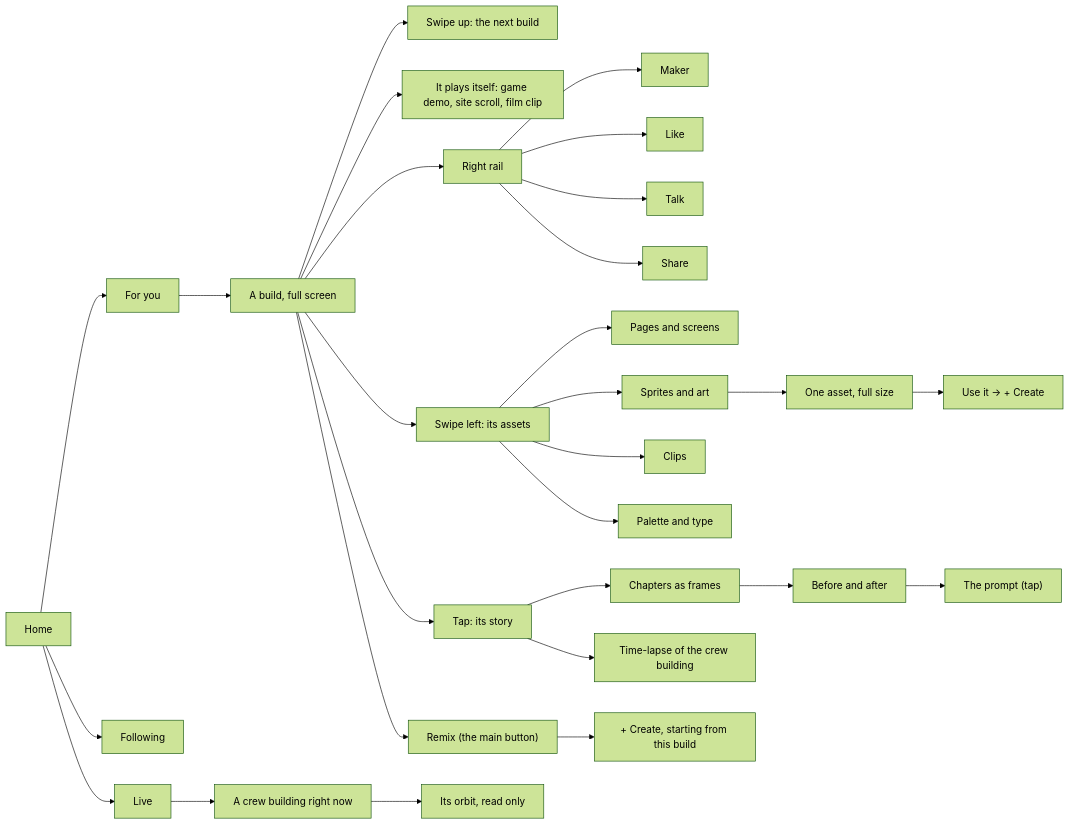
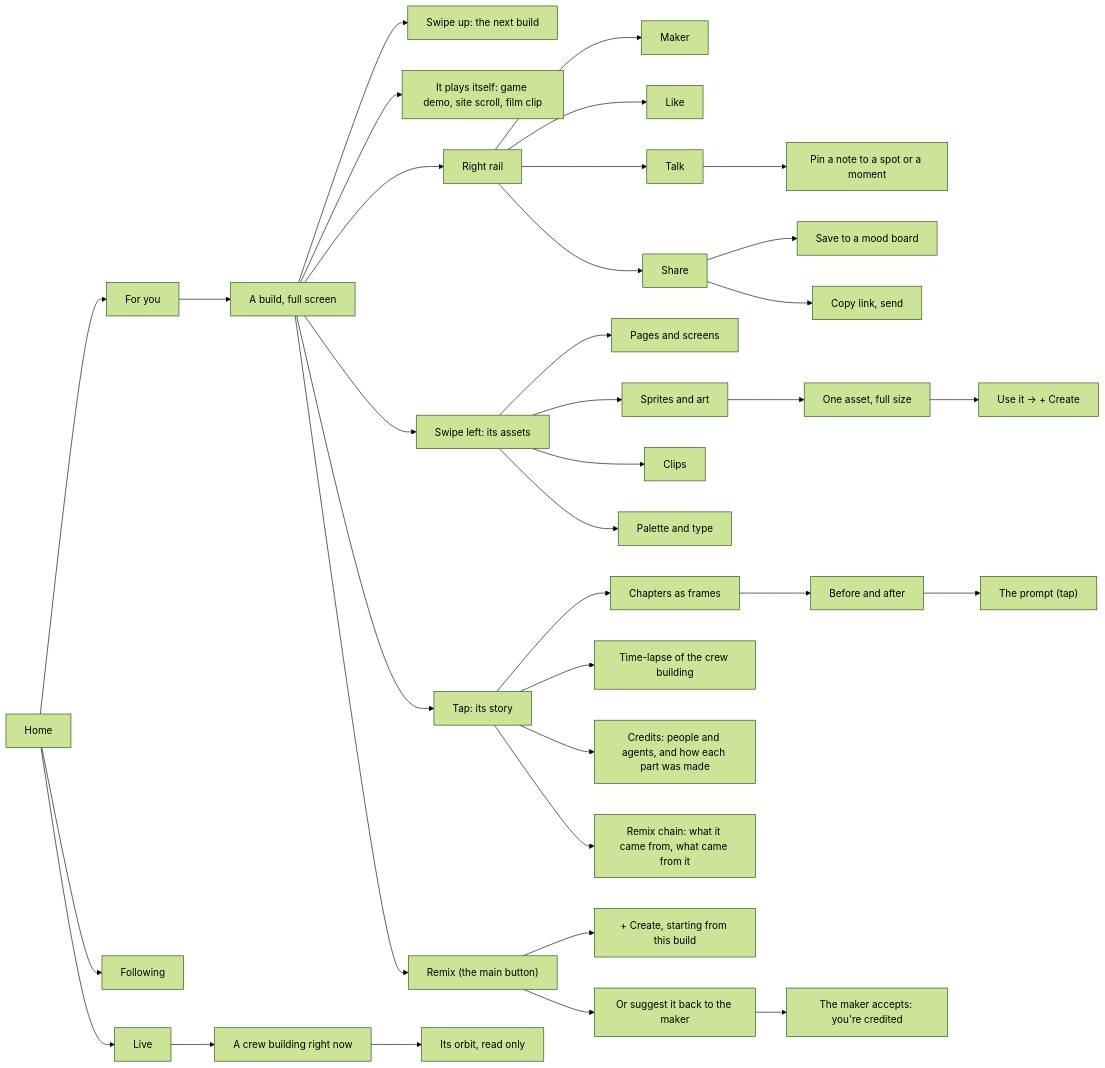
The third of 24 diagrams in docs/ux/SITEMAP.md (Pukujan/swarm-studio), drawn with Mermaid (forest theme) before and after one commit. The commit also changed other lines of this file and 5 other files, not shown here.

````diff
--- a/docs/ux/SITEMAP.md
+++ b/docs/ux/SITEMAP.md
@@ -55,30 +55,37 @@
 ```mermaid
 flowchart LR
   HOME[Home] --> FY[For you]
   HOME --> FO[Following]
   HOME --> LV[Live]
   FY --> B["A build, full screen"]
   B --> NX["Swipe up: the next build"]
   B --> PL["It plays itself: game demo, site scroll, film clip"]
   B --> RL[Right rail]
   B --> AS["Swipe left: its assets"]
   B --> SY["Tap: its story"]
   B --> RX["Remix (the main button)"]
   RL --> R1[Maker]
   RL --> R2[Like]
   RL --> R3[Talk]
   RL --> R4[Share]
+  R3 --> TK1["Pin a note to a spot or a moment"]
+  R4 --> SH1["Save to a mood board"]
+  R4 --> SH2["Copy link, send"]
   AS --> A1[Pages and screens]
   AS --> A2[Sprites and art]
   AS --> A3[Clips]
   AS --> A4[Palette and type]
   A2 --> A5[One asset, full size]
   A5 --> A6["Use it → + Create"]
   SY --> C1["Chapters as frames"]
   C1 --> C2["Before and after"]
   C2 --> C3["The prompt (tap)"]
   SY --> C4["Time-lapse of the crew building"]
+  SY --> C5["Credits: people and agents, and how each part was made"]
+  SY --> C6["Remix chain: what it came from, what came from it"]
   RX --> RX1["+ Create, starting from this build"]
+  RX --> RX2["Or suggest it back to the maker"]
+  RX2 --> RX3["The maker accepts: you're credited"]
   LV --> LV1["A crew building right now"]
   LV1 --> LV2["Its orbit, read only"]
 ```
````
